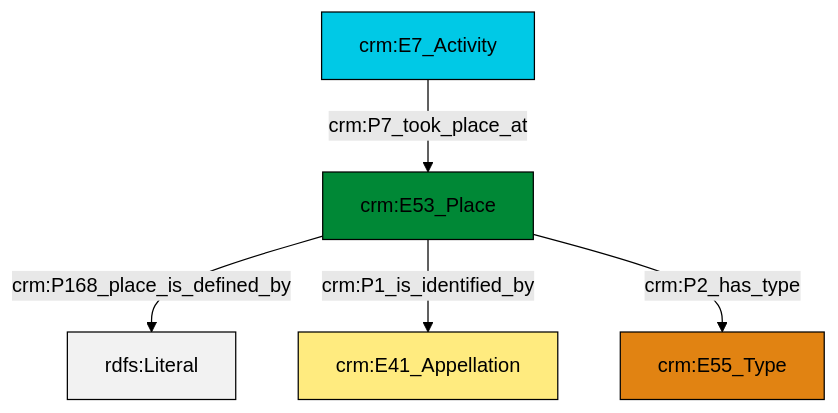
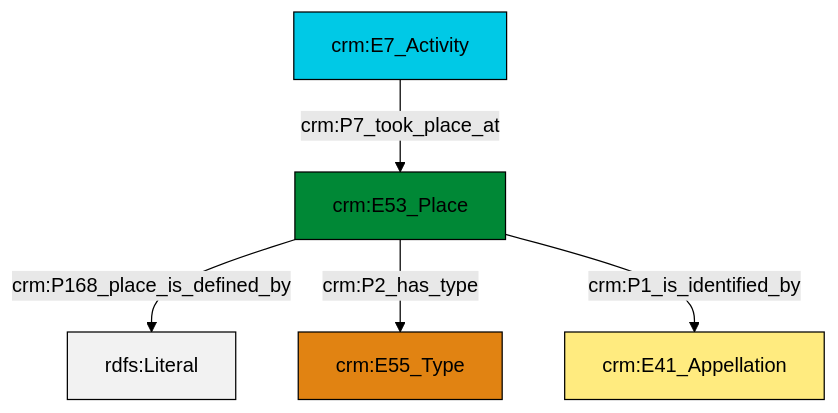
Before and after one commit to swiss-art-research-net/docs.swissartresearch: the diagram in et/eventCSV/ttl/mmd/event_location.ttl.mmd, drawn with Mermaid (forest theme). The commit also changed 204 other files, not shown here.

```diff
--- a/et/eventCSV/ttl/mmd/event_location.ttl.mmd
+++ b/et/eventCSV/ttl/mmd/event_location.ttl.mmd
@@ -1,19 +1,19 @@
 graph TD
 classDef Literal fill:#f2f2f2,stroke:#000000;
 classDef CRM_Entity fill:#FFFFFF,stroke:#000000;
 classDef Temporal_Entity fill:#00C9E6, stroke:#000000;
 classDef Type fill:#E18312, stroke:#000000;
 classDef Time-Span fill:#2C9C91, stroke:#000000;
 classDef Appellation fill:#FFEB7F, stroke:#000000;
 classDef Place fill:#008836, stroke:#000000;
 classDef Persistent_Item fill:#B266B2, stroke:#000000;
 classDef Conceptual_Object fill:#FFD700, stroke:#000000;
 classDef Physical_Thing fill:#D2B48C, stroke:#000000;
 classDef Actor fill:#f58aad, stroke:#000000;
 classDef PC_Classes fill:#4ce600, stroke:#000000;
 classDef Multi fill:#cccccc,stroke:#000000;
 
-0["crm:E53_Place"]:::Place -->|crm:P168_place_is_defined_by| 1[rdfs:Literal]:::Literal
-0["crm:E53_Place"]:::Place -->|crm:P1_is_identified_by| 2["crm:E41_Appellation"]:::Appellation
-0["crm:E53_Place"]:::Place -->|crm:P2_has_type| 6["crm:E55_Type"]:::Type
-4["crm:E7_Activity"]:::Temporal_Entity -->|crm:P7_took_place_at| 0["crm:E53_Place"]:::Place
+0["crm:E7_Activity"]:::Temporal_Entity -->|crm:P7_took_place_at| 2["crm:E53_Place"]:::Place
+2["crm:E53_Place"]:::Place -->|crm:P168_place_is_defined_by| 4[rdfs:Literal]:::Literal
+2["crm:E53_Place"]:::Place -->|crm:P2_has_type| 5["crm:E55_Type"]:::Type
+2["crm:E53_Place"]:::Place -->|crm:P1_is_identified_by| 7["crm:E41_Appellation"]:::Appellation
```
